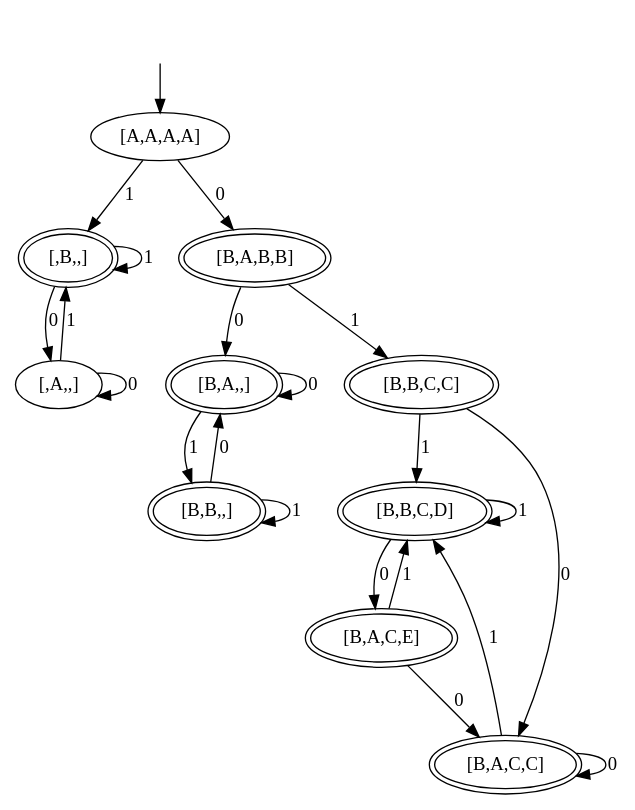
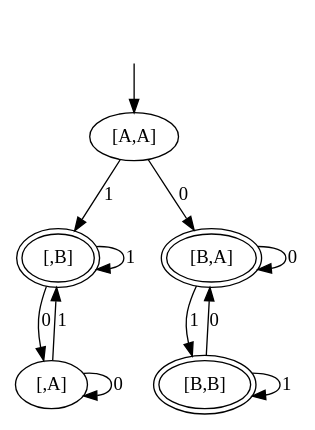
One commit to gabrielmattar/tp_lfa changed the diagram in saidas/uniao.dot. Above: the diagram before and after it, drawn with Graphviz. The commit also changed 8 other files, not shown here.

```diff
--- a/saidas/uniao.dot
+++ b/saidas/uniao.dot
@@ -1,32 +1,17 @@
 digraph "Produto" {
 _nil [style="invis"];
-_nil -> "[A,A,A,A]" [label=""];
-"[B,A,,]" [peripheries=2];
-"[B,A,,]" -> "[B,A,,]" [label=0];
-"[B,A,,]" -> "[B,B,,]" [label=1];
-"[B,B,C,D]" [peripheries=2];
-"[B,B,C,D]" -> "[B,A,C,E]" [label=0];
-"[B,B,C,D]" -> "[B,B,C,D]" [label=1];
-"[B,B,C,C]" [peripheries=2];
-"[B,B,C,C]" -> "[B,A,C,C]" [label=0];
-"[B,B,C,C]" -> "[B,B,C,D]" [label=1];
-"[,A,,]" -> "[,A,,]" [label=0];
-"[,A,,]" -> "[,B,,]" [label=1];
-"[,B,,]" [peripheries=2];
-"[,B,,]" -> "[,A,,]" [label=0];
-"[,B,,]" -> "[,B,,]" [label=1];
-"[A,A,A,A]" -> "[B,A,B,B]" [label=0];
-"[A,A,A,A]" -> "[,B,,]" [label=1];
-"[B,A,B,B]" [peripheries=2];
-"[B,A,B,B]" -> "[B,A,,]" [label=0];
-"[B,A,B,B]" -> "[B,B,C,C]" [label=1];
-"[B,A,C,C]" [peripheries=2];
-"[B,A,C,C]" -> "[B,A,C,C]" [label=0];
-"[B,A,C,C]" -> "[B,B,C,D]" [label=1];
-"[B,A,C,E]" [peripheries=2];
-"[B,A,C,E]" -> "[B,A,C,C]" [label=0];
-"[B,A,C,E]" -> "[B,B,C,D]" [label=1];
-"[B,B,,]" [peripheries=2];
-"[B,B,,]" -> "[B,A,,]" [label=0];
-"[B,B,,]" -> "[B,B,,]" [label=1];
+_nil -> "[A,A]" [label=""];
+"[,A]" -> "[,A]" [label=0];
+"[,A]" -> "[,B]" [label=1];
+"[A,A]" -> "[B,A]" [label=0];
+"[A,A]" -> "[,B]" [label=1];
+"[,B]" [peripheries=2];
+"[,B]" -> "[,A]" [label=0];
+"[,B]" -> "[,B]" [label=1];
+"[B,A]" [peripheries=2];
+"[B,A]" -> "[B,A]" [label=0];
+"[B,A]" -> "[B,B]" [label=1];
+"[B,B]" [peripheries=2];
+"[B,B]" -> "[B,A]" [label=0];
+"[B,B]" -> "[B,B]" [label=1];
 }
```
